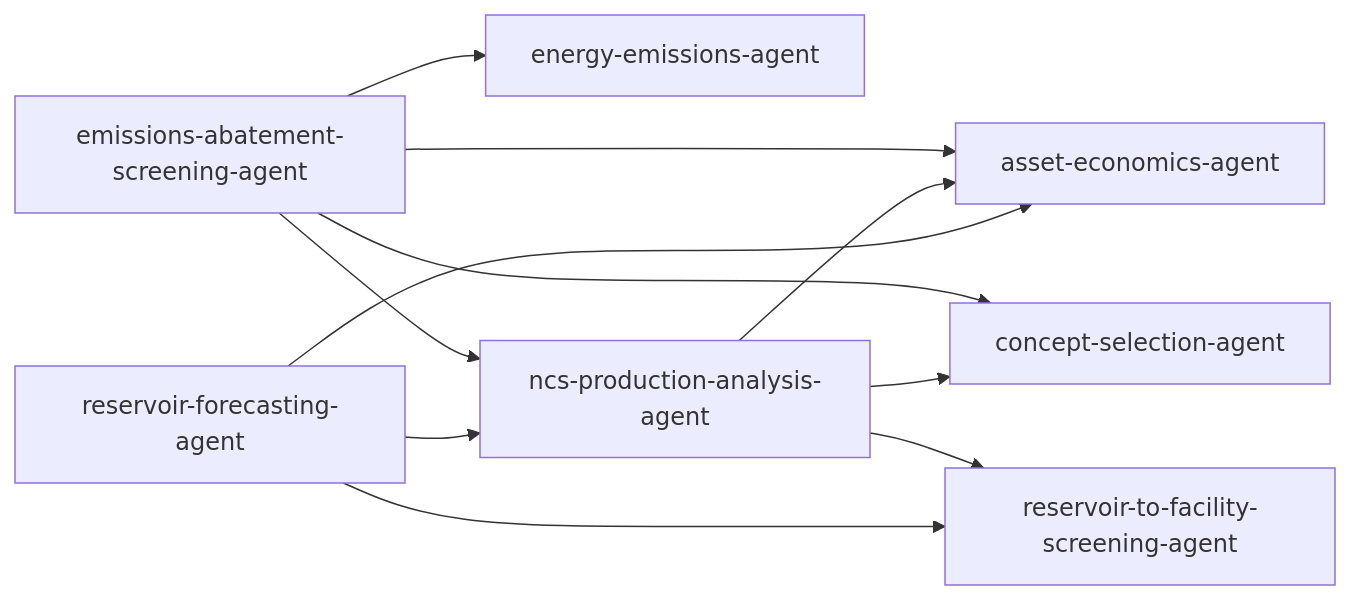
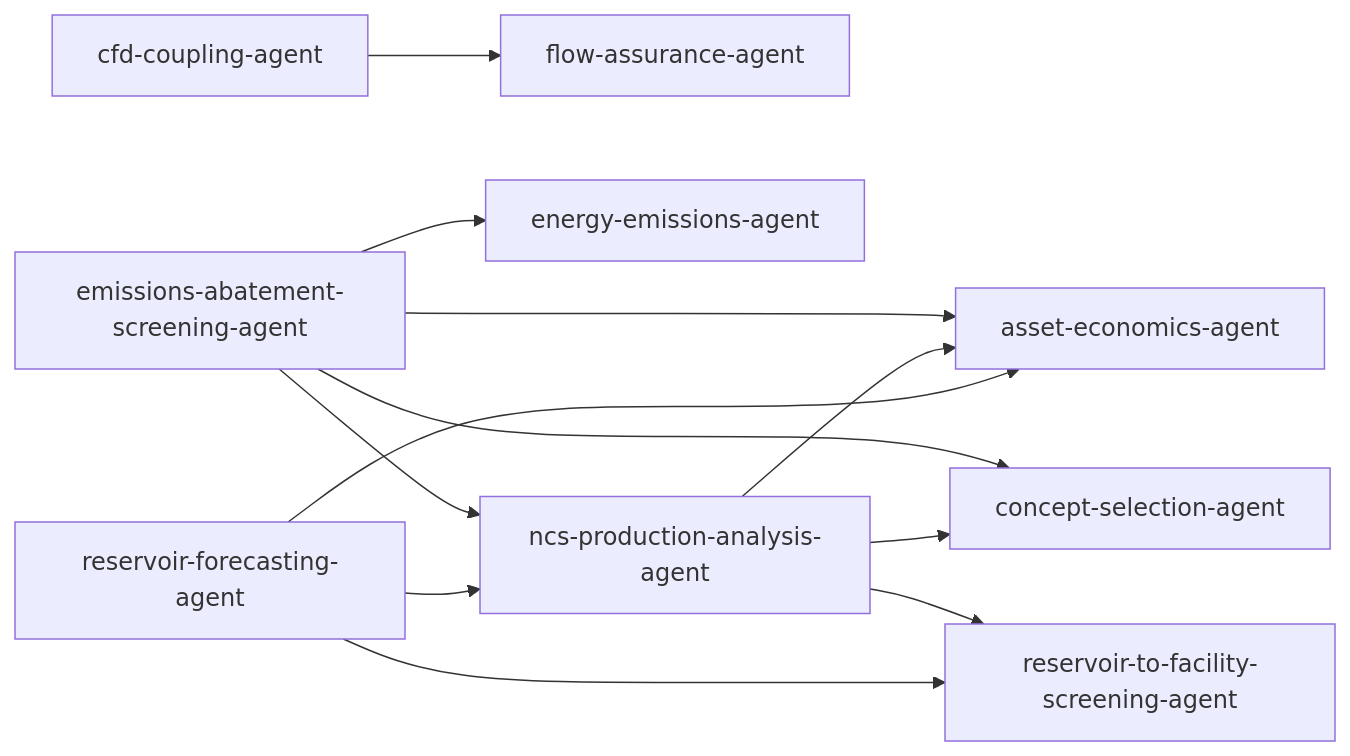
The diagram in docs/ORCHESTRATION_MAP.md (equinor/neqsim-community-agents), drawn with Mermaid before and after one commit. The commit also changed other lines of this file and 5 other files, not shown here.

Commit message:
cfd agent

````diff
--- a/docs/ORCHESTRATION_MAP.md
+++ b/docs/ORCHESTRATION_MAP.md
@@ -55,13 +56,14 @@
 ```mermaid
 graph LR
+    cfd_coupling_agent["cfd-coupling-agent"] --> flow_assurance_agent["flow-assurance-agent"]
     emissions_abatement_screening_agent["emissions-abatement-screening-agent"] --> energy_emissions_agent["energy-emissions-agent"]
     emissions_abatement_screening_agent["emissions-abatement-screening-agent"] --> ncs_production_analysis_agent["ncs-production-analysis-agent"]
     emissions_abatement_screening_agent["emissions-abatement-screening-agent"] --> concept_selection_agent["concept-selection-agent"]
     emissions_abatement_screening_agent["emissions-abatement-screening-agent"] --> asset_economics_agent["asset-economics-agent"]
     ncs_production_analysis_agent["ncs-production-analysis-agent"] --> reservoir_to_facility_screening_agent["reservoir-to-facility-screening-agent"]
     ncs_production_analysis_agent["ncs-production-analysis-agent"] --> concept_selection_agent["concept-selection-agent"]
     ncs_production_analysis_agent["ncs-production-analysis-agent"] --> asset_economics_agent["asset-economics-agent"]
     reservoir_forecasting_agent["reservoir-forecasting-agent"] --> ncs_production_analysis_agent["ncs-production-analysis-agent"]
     reservoir_forecasting_agent["reservoir-forecasting-agent"] --> reservoir_to_facility_screening_agent["reservoir-to-facility-screening-agent"]
     reservoir_forecasting_agent["reservoir-forecasting-agent"] --> asset_economics_agent["asset-economics-agent"]
 ```
````
